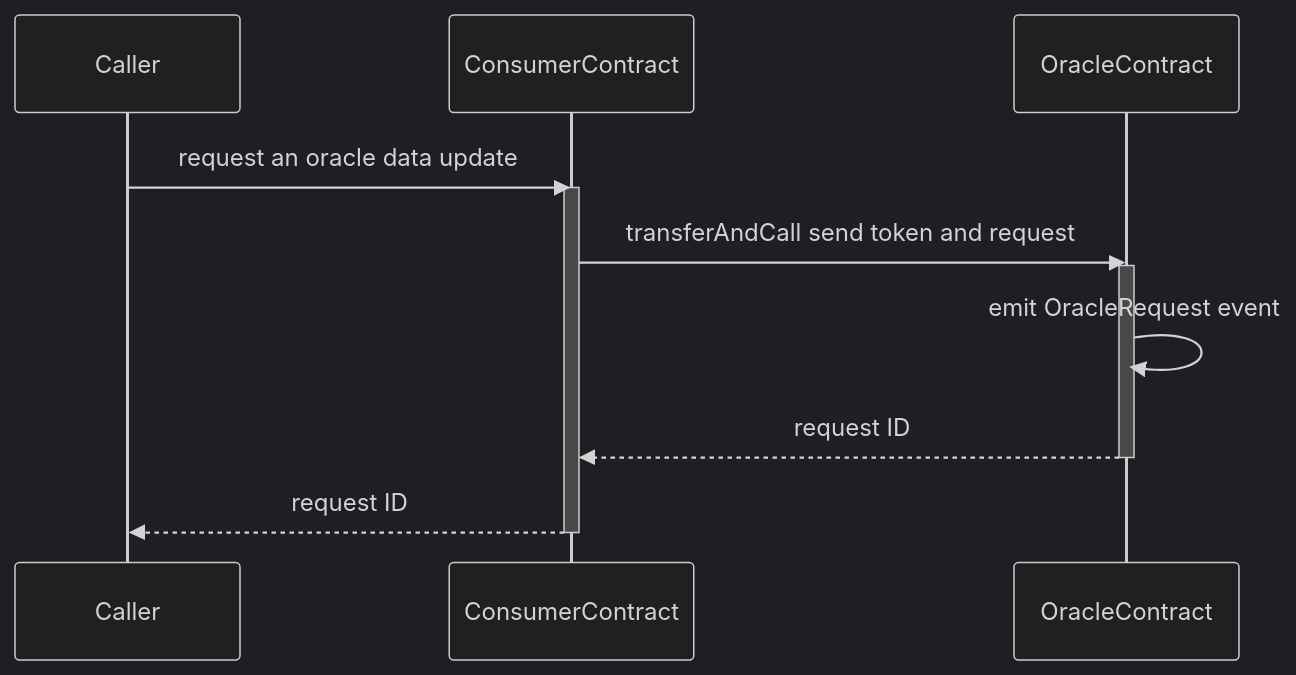
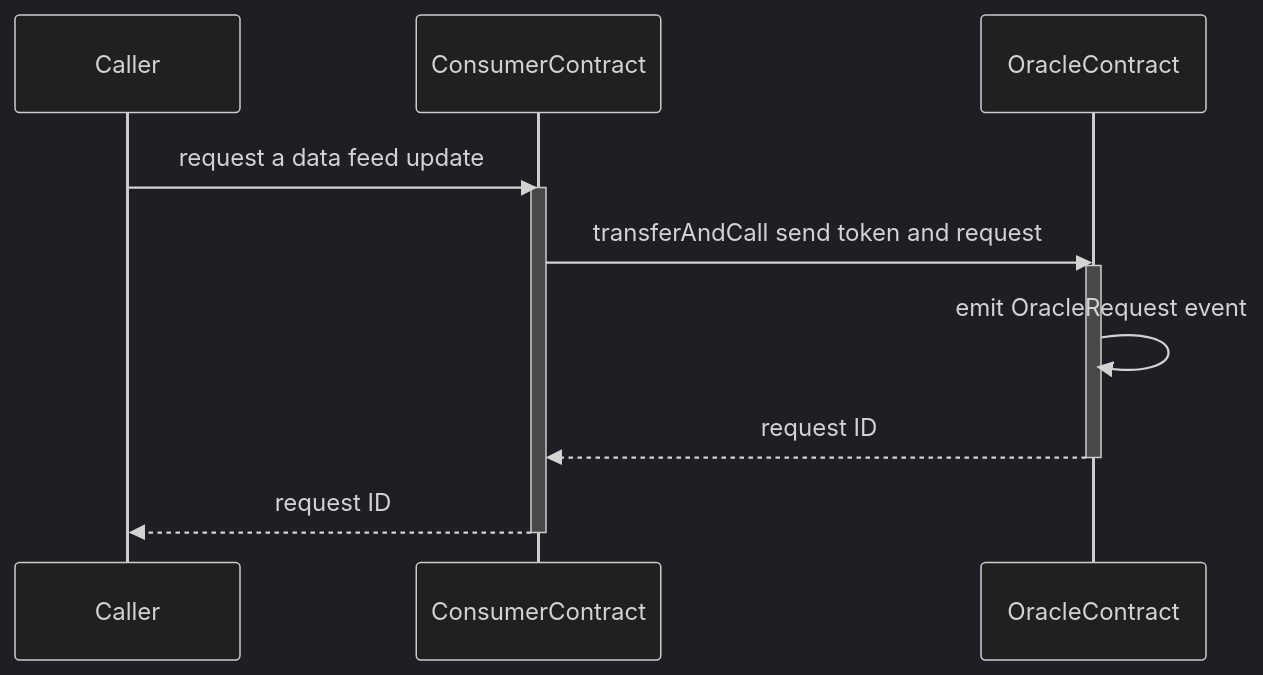
The second of 3 diagrams in docs/README.md (wink-link/winklink-doc), drawn with Mermaid (dark theme) before and after one commit. The commit also changed other lines of this file and 14 other files, not shown here.

````diff
--- a/docs/README.md
+++ b/docs/README.md
@@ -48,12 +48,12 @@
 ```mermaid
 sequenceDiagram
-Caller->>ConsumerContract: request an oracle data update
+Caller->>ConsumerContract: request a data feed update
 activate ConsumerContract
 ConsumerContract->>OracleContract: transferAndCall send token and request
 activate OracleContract
 OracleContract->>OracleContract: emit OracleRequest event
 OracleContract-->>ConsumerContract: request ID
 deactivate OracleContract
 ConsumerContract-->>Caller: request ID
 deactivate ConsumerContract
 ```
````
